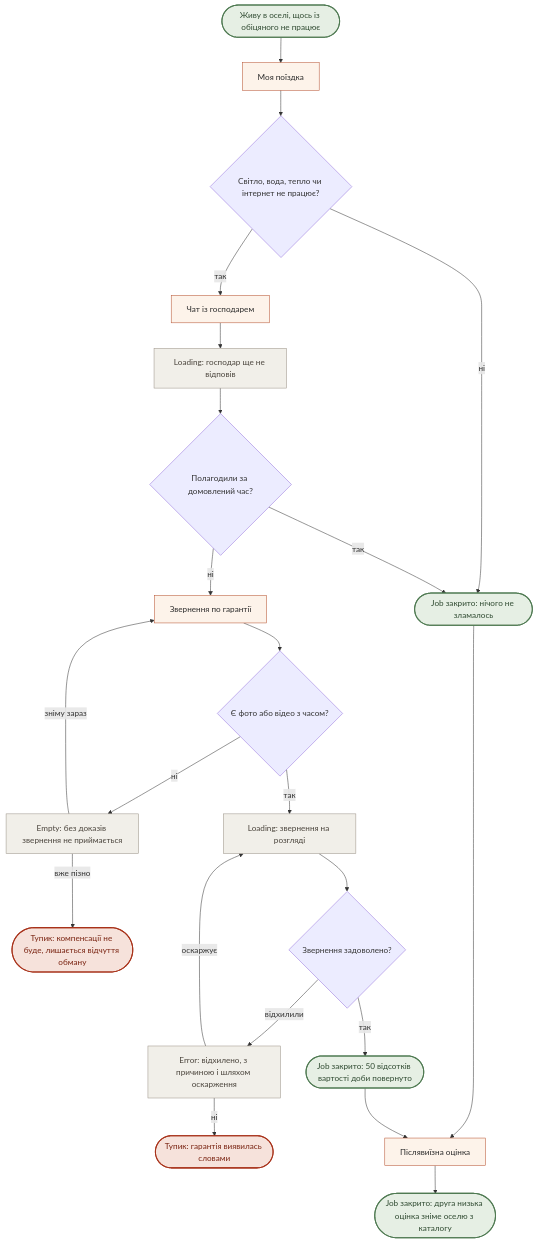
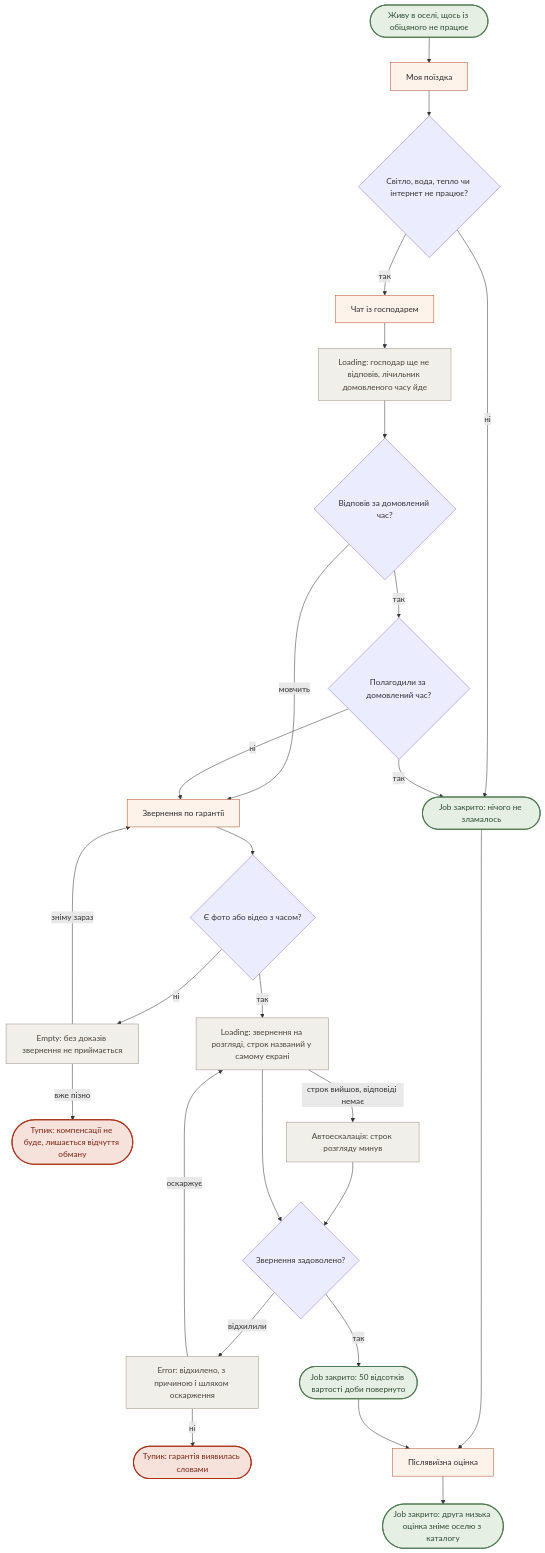
The fourth of 5 diagrams in ia/flows.md (sofiya5395870-sys/khata-v-seli), drawn with Mermaid before and after one commit. The commit also changed other lines of this file and 4 other files, not shown here.

````diff
--- a/ia/flows.md
+++ b/ia/flows.md
@@ -211,37 +227,41 @@
 ```mermaid
 flowchart TD
     Start([Живу в оселі, щось із обіцяного не працює]) --> Trip[Моя поїздка]
     Trip --> Broken{Світло, вода, тепло чи інтернет не працює?}
     Broken -->|ні| Fine(["Job закрито: нічого не зламалось"])
     Broken -->|так| Chat[Чат із господарем]
 
-    Chat --> Wait["Loading: господар ще не відповів"]
-    Wait --> Fixed{Полагодили за домовлений час?}
+    Chat --> Wait["Loading: господар ще не відповів, лічильник домовленого часу йде"]
+    Wait --> Answered{Відповів за домовлений час?}
+    Answered -->|мовчить| Claim[Звернення по гарантії]
+    Answered -->|так| Fixed{Полагодили за домовлений час?}
     Fixed -->|так| Fine
-    Fixed -->|ні| Claim[Звернення по гарантії]
+    Fixed -->|ні| Claim
 
     Claim --> Proof{Є фото або відео з часом?}
     Proof -->|ні| Empty["Empty: без доказів звернення не приймається"]
     Empty -->|зніму зараз| Claim
     Empty -->|вже пізно| DeadProof(["Тупик: компенсації не буде, лишається відчуття обману"])
 
-    Proof -->|так| Review["Loading: звернення на розгляді"]
+    Proof -->|так| Review["Loading: звернення на розгляді, строк названий у самому екрані"]
+    Review -->|строк вийшов, відповіді немає| Esc["Автоескалація: строк розгляду минув"]
+    Esc --> Granted
     Review --> Granted{Звернення задоволено?}
     Granted -->|відхилили| Err["Error: відхилено, з причиною і шляхом оскарження"]
     Err -->|оскаржує| Review
     Err -->|ні| DeadWords(["Тупик: гарантія виявилась словами"])
     Granted -->|так| Back(["Job закрито: 50 відсотків вартості доби повернуто"])
 
     Fine --> Rate[Післявиїзна оцінка]
     Back --> Rate
     Rate --> Clean(["Job закрито: друга низька оцінка зніме оселю з каталогу"])
 
     classDef screen fill:#fdf3ea,stroke:#b5502e,color:#2b2b2b
     classDef state fill:#f1efe9,stroke:#9a9287,color:#4a443c
     classDef dead fill:#f6e2db,stroke:#a8321a,stroke-width:2px,color:#7a2412
     classDef win fill:#e6efe4,stroke:#4f7a52,stroke-width:2px,color:#2f4a31
     class Trip,Chat,Claim,Rate screen
-    class Wait,Empty,Review,Err state
+    class Wait,Empty,Review,Err,Esc state
     class DeadProof,DeadWords dead
     class Fine,Back,Clean,Start win
 ```
````
